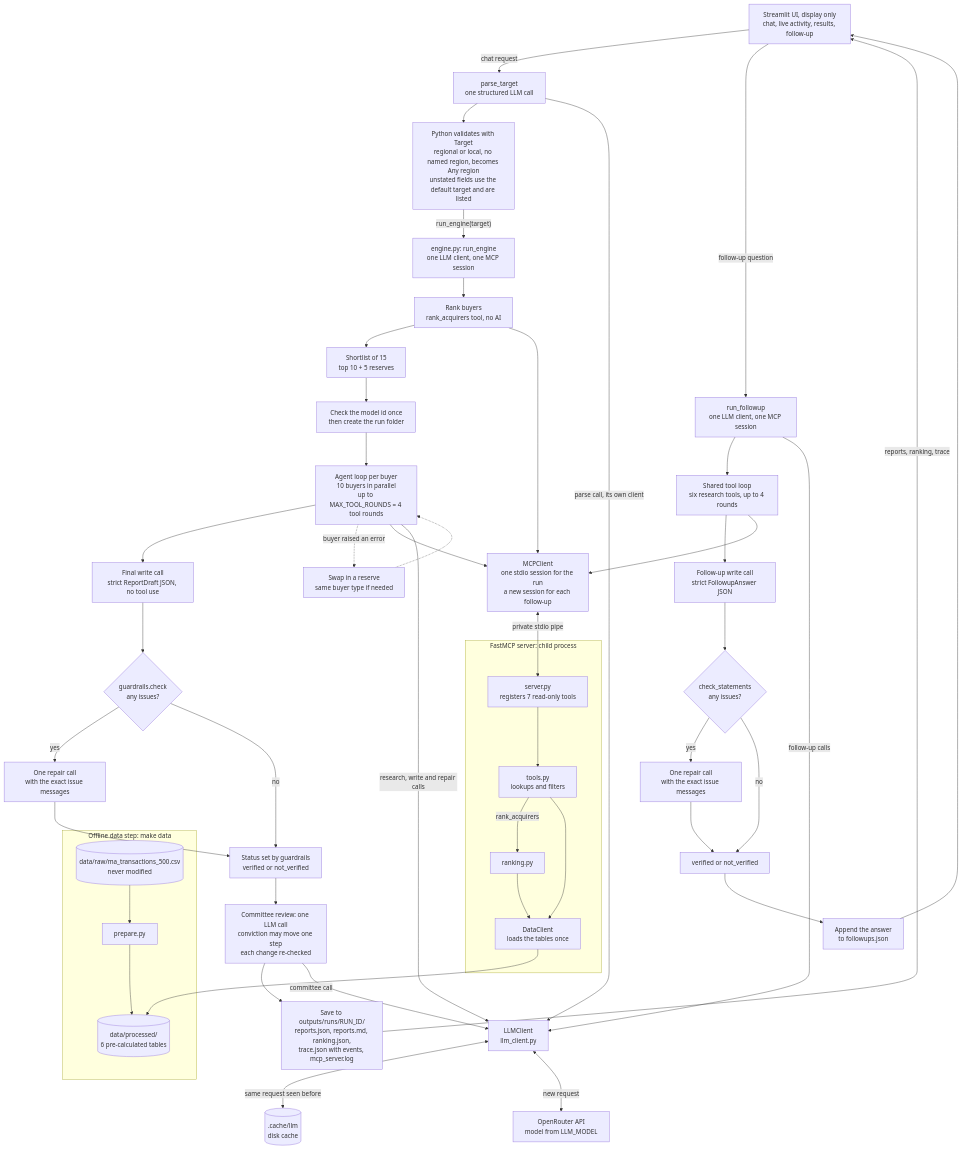
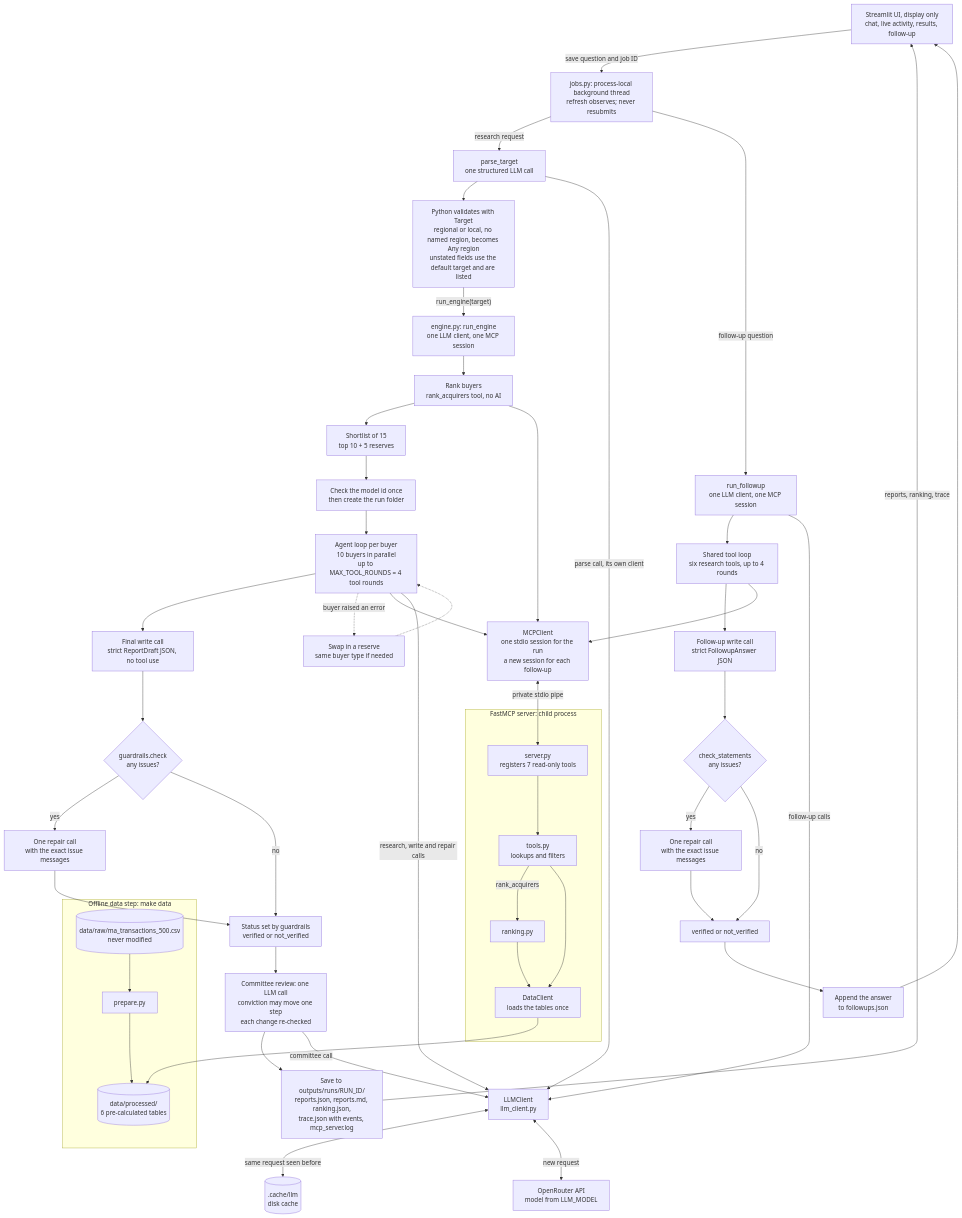
Before and after one commit to rpill7/wb_draft: the first of 2 diagrams in docs/architecture.md, drawn with Mermaid. The commit also changed other lines of this file and 18 other files, not shown here.

````diff
--- a/docs/architecture.md
+++ b/docs/architecture.md
@@ -29,54 +51,55 @@
 ```mermaid
 flowchart TD
     subgraph offline["Offline data step: make data"]
         RAW[("data/raw/ma_transactions_500.csv<br/>never modified")] --> PREP["prepare.py"]
         PREP --> PROC[("data/processed/<br/>6 pre-calculated tables")]
     end
 
-    UI["Streamlit UI, display only<br/>chat, live activity, results, follow-up"] -->|"chat request"| PARSE["parse_target<br/>one structured LLM call"]
+    UI["Streamlit UI, display only<br/>chat, live activity, results, follow-up"] -->|"save question and job ID"| JOB["jobs.py: process-local background thread<br/>refresh observes; never resubmits"]
+    JOB -->|"research request"| PARSE["parse_target<br/>one structured LLM call"]
     PARSE --> VALID["Python validates with Target<br/>regional or local, no named region, becomes Any region<br/>unstated fields use the default target and are listed"]
     VALID -->|"run_engine(target)"| START["engine.py: run_engine<br/>one LLM client, one MCP session"]
     START --> RANK["Rank buyers<br/>rank_acquirers tool, no AI"]
     RANK --> SHORT["Shortlist of 15<br/>top 10 + 5 reserves"]
     SHORT --> MODEL["Check the model id once<br/>then create the run folder"]
     MODEL --> LOOP["Agent loop per buyer<br/>10 buyers in parallel<br/>up to MAX_TOOL_ROUNDS = 4 tool rounds"]
     LOOP --> WRITE["Final write call<br/>strict ReportDraft JSON, no tool use"]
     WRITE --> CHECK{"guardrails.check<br/>any issues?"}
     CHECK -->|"yes"| REPAIR["One repair call<br/>with the exact issue messages"]
     REPAIR --> STATUS["Status set by guardrails<br/>verified or not_verified"]
     CHECK -->|"no"| STATUS
     LOOP -.->|"buyer raised an error"| SUB["Swap in a reserve<br/>same buyer type if needed"]
     SUB -.-> LOOP
     STATUS --> COMM["Committee review: one LLM call<br/>conviction may move one step<br/>each change re-checked"]
     COMM --> SAVE["Save to outputs/runs/RUN_ID/<br/>reports.json, reports.md, ranking.json,<br/>trace.json with events, mcp_server.log"]
     SAVE -->|"reports, ranking, trace"| UI
-    UI -->|"follow-up question"| FOLLOW["run_followup<br/>one LLM client, one MCP session"]
+    JOB -->|"follow-up question"| FOLLOW["run_followup<br/>one LLM client, one MCP session"]
     FOLLOW --> FLOOP["Shared tool loop<br/>six research tools, up to 4 rounds"]
     FLOOP --> FWRITE["Follow-up write call<br/>strict FollowupAnswer JSON"]
     FWRITE --> FCHECK{"check_statements<br/>any issues?"}
     FCHECK -->|"yes"| FREPAIR["One repair call<br/>with the exact issue messages"]
     FREPAIR --> FSTATUS["verified or not_verified"]
     FCHECK -->|"no"| FSTATUS
     FSTATUS --> FFILE["Append the answer<br/>to followups.json"]
     FFILE --> UI
 
     subgraph server["FastMCP server: child process"]
         SRV["server.py<br/>registers 7 read-only tools"] --> TOOLS["tools.py<br/>lookups and filters"]
         TOOLS -->|"rank_acquirers"| RANKPY["ranking.py"]
         TOOLS --> DC["DataClient<br/>loads the tables once"]
         RANKPY --> DC
     end
     DC --> PROC
 
     RANK --> MCPC["MCPClient<br/>one stdio session for the run<br/>a new session for each follow-up"]
     LOOP --> MCPC
     FLOOP --> MCPC
     MCPC <-->|"private stdio pipe"| SRV
 
     PARSE -->|"parse call, its own client"| LLMC["LLMClient<br/>llm_client.py"]
     LOOP -->|"research, write and repair calls"| LLMC
     COMM -->|"committee call"| LLMC
     FOLLOW -->|"follow-up calls"| LLMC
     LLMC <-->|"same request seen before"| CACHE[(".cache/llm<br/>disk cache")]
     LLMC <-->|"new request"| OR["OpenRouter API<br/>model from LLM_MODEL"]
 ```
````
